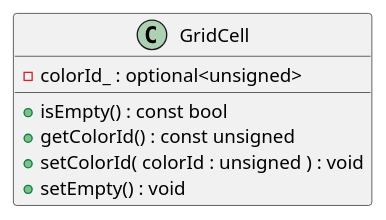
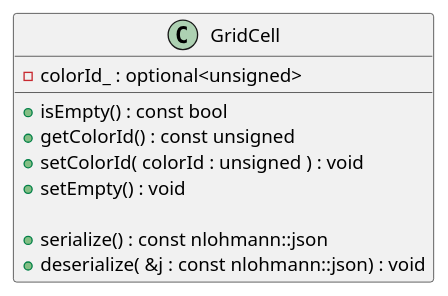
The diagram in doc/uml/class/game/tetris_lib/GridCellClass.plantuml (ulb-info2-group5/Royal-Blocks), drawn with PlantUML before and after one commit. The commit also changed 20 other files, not shown here.

Commit message:
update some class diagram in tetris_lib, changing the the bash script

```diff
--- a/doc/uml/class/game/tetris_lib/GridCellClass.plantuml
+++ b/doc/uml/class/game/tetris_lib/GridCellClass.plantuml
@@ -1,12 +1,15 @@
 @startuml (id = GridCell )
 
 class GridCell {
     - colorId_ : optional<unsigned>
 
     + isEmpty() : const bool
     + getColorId() : const unsigned
     + setColorId( colorId : unsigned ) : void
     + setEmpty() : void 
+
+    + serialize() : const nlohmann::json
+    + deserialize( &j : const nlohmann::json) : void 
     
 }
 @enduml
```
